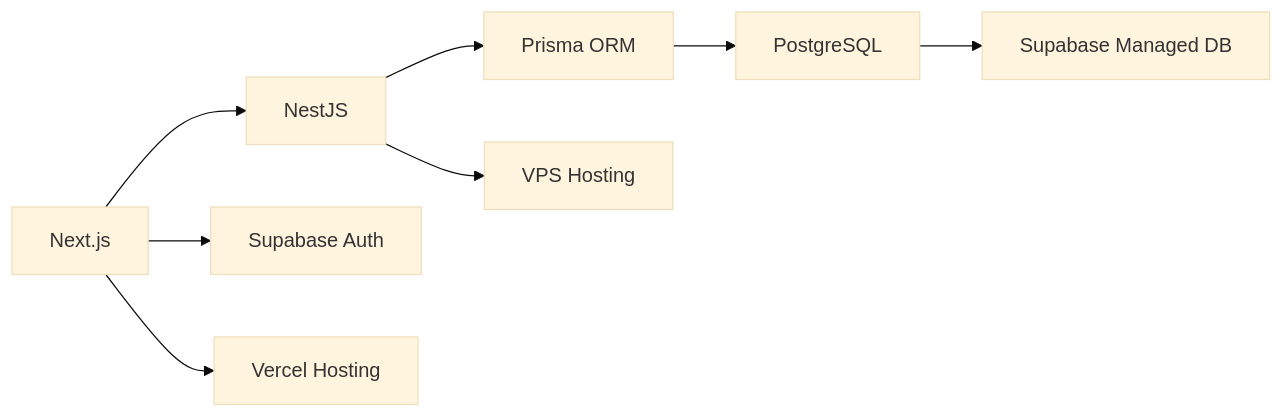
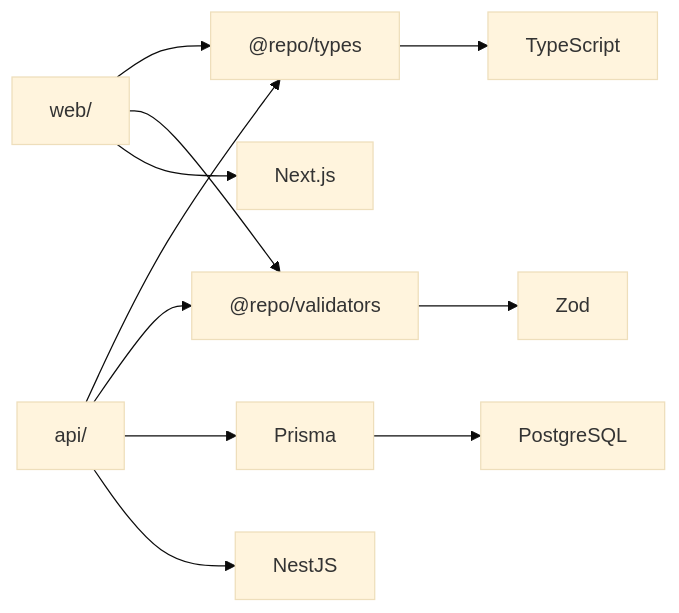
Before and after one commit to epo33m/scheduling: the ninth of 9 diagrams in .qoder/repowiki/en/content/Project Overview/Project Overview.md, drawn with Mermaid (base theme). The commit also changed other lines of this file and 50 other files, not shown here.

````diff
--- a/.qoder/repowiki/en/content/Project Overview/Project Overview.md
+++ b/.qoder/repowiki/en/content/Project Overview/Project Overview.md
@@ -264,10 +418,13 @@
 ```mermaid
 graph LR
-NextJS["Next.js"] --> NestJS["NestJS"]
-NestJS --> Prisma["Prisma ORM"]
+Web["web/"] --> Types["@repo/types"]
+Web --> Validators["@repo/validators"]
+Api["api/"] --> Types
+Api --> Validators
+Types --> TS["TypeScript"]
+Validators --> Zod["Zod"]
+Api --> Prisma["Prisma"]
 Prisma --> Postgres["PostgreSQL"]
-NextJS --> SupabaseAuth["Supabase Auth"]
-NextJS --> Vercel["Vercel Hosting"]
-NestJS --> VPS["VPS Hosting"]
-Postgres --> Supabase["Supabase Managed DB"]
+Web --> NextJS["Next.js"]
+Api --> NestJS["NestJS"]
 ```
````
